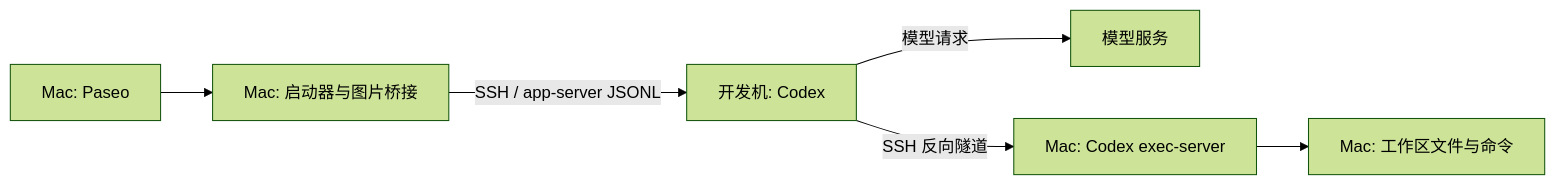
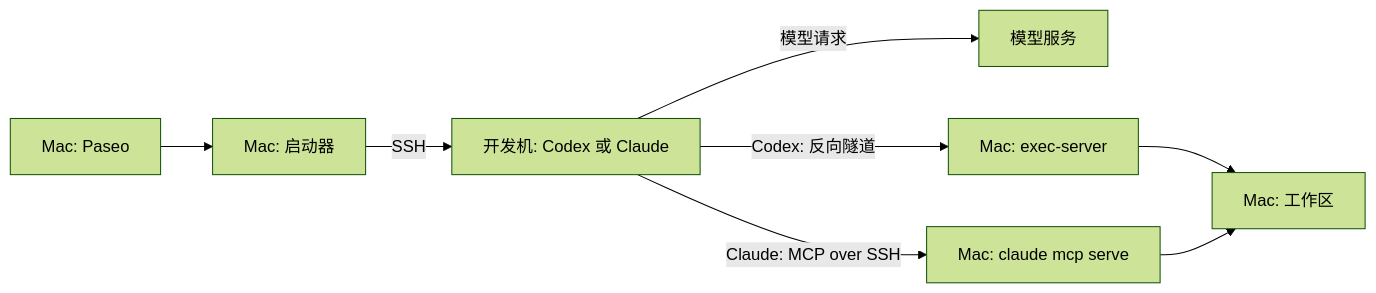
Before and after one commit to xilinshancun/paseo-codex-remote-bridge: the diagram in README.md, drawn with Mermaid (forest theme). The commit also changed other lines of this file and 6 other files, not shown here.

First line of the commit message:
Document a reusable Codex and Claude remote install.

````diff
--- a/README.md
+++ b/README.md
@@ -7,8 +17,10 @@
 ```mermaid
 flowchart LR
-    P[Mac: Paseo] --> B[Mac: 启动器与图片桥接]
-    B -->|SSH / app-server JSONL| C[开发机: Codex]
-    C -->|模型请求| M[模型服务]
-    C -->|SSH 反向隧道| E[Mac: Codex exec-server]
-    E --> W[Mac: 工作区文件与命令]
+    P[Mac: Paseo] --> L[Mac: 启动器]
+    L -->|SSH| R[开发机: Codex 或 Claude]
+    R -->|模型请求| M[模型服务]
+    R -->|Codex: 反向隧道| E[Mac: exec-server]
+    R -->|Claude: MCP over SSH| T[Mac: claude mcp serve]
+    E --> W[Mac: 工作区]
+    T --> W
 ```
````
